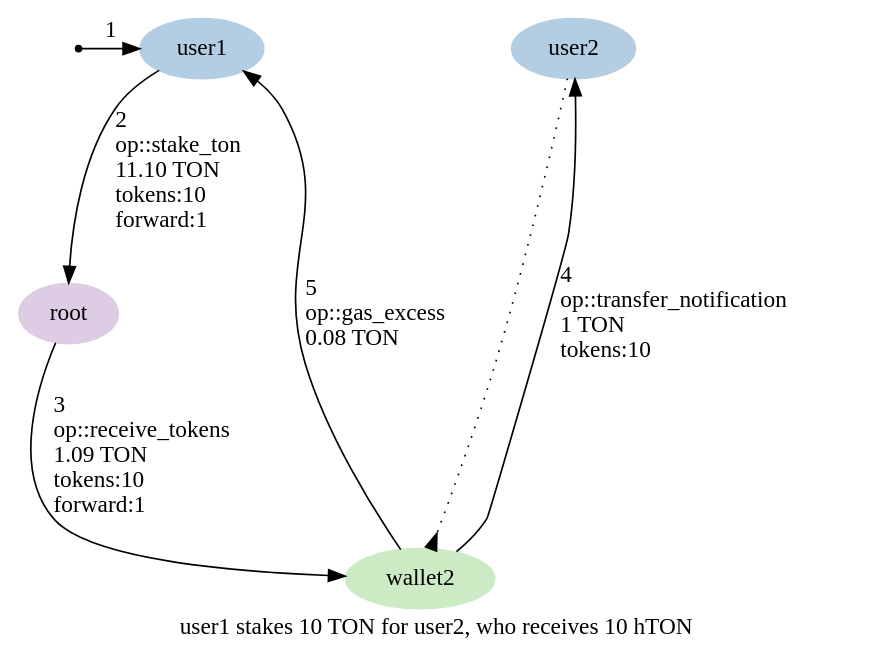
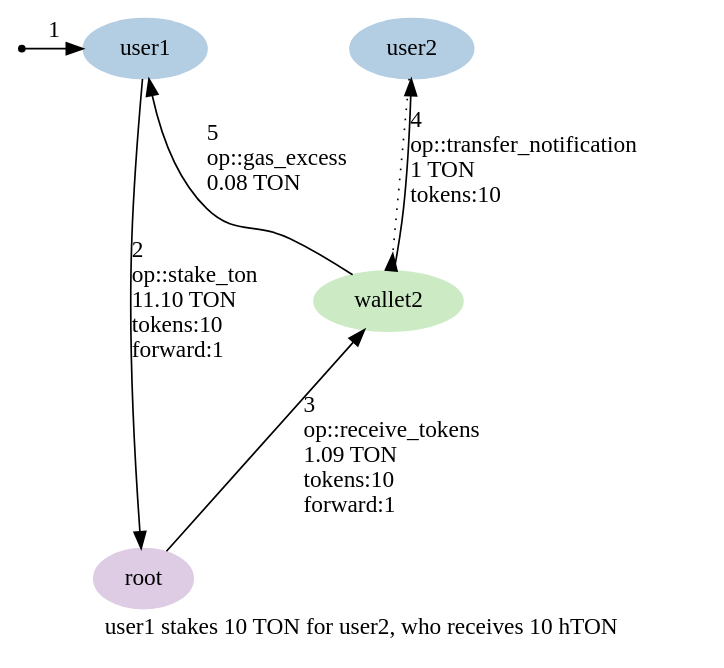
Before and after one commit to HipoFinance/contract: the diagram in graphs/02-stake-ton-other.dot, drawn with Graphviz. The commit also changed 15 other files, not shown here.

```diff
--- a/graphs/02-stake-ton-other.dot
+++ b/graphs/02-stake-ton-other.dot
@@ -1,23 +1,23 @@
 digraph {
     label="user1 stakes 10 TON for user2, who receives 10 hTON"
     node [ colorscheme=pastel19 style=filled ]
 
     /* Entities */
     external [ shape=point ]
     user1 [ color=2 ]
     user2 [ color=2 ]
     root [ color=4 ]
     wallet2 [ color=3 ]
 
     /* Relationships */
     external -> user1 [label="1" ]
     user1 -> root [ label="2\l op::stake_ton\l 11.10 TON\l tokens:10\l forward:1\l" ]
     root -> wallet2 [ label="3\l op::receive_tokens\l 1.09 TON\l tokens:10\l forward:1\l" ]
     user2 -> wallet2 [ arrowhead=inv style=dotted ]
     wallet2 -> user2 [ label="4\l op::transfer_notification\l 1 TON\l tokens:10\l" ]
     wallet2 -> user1 [ label="5\l op::gas_excess\l 0.08 TON\l" ]
 
     /* Ranks */
     { rank=min external user1 user2 }
-    { rank=max wallet2 }
+    { rank=max root }
 }
```
